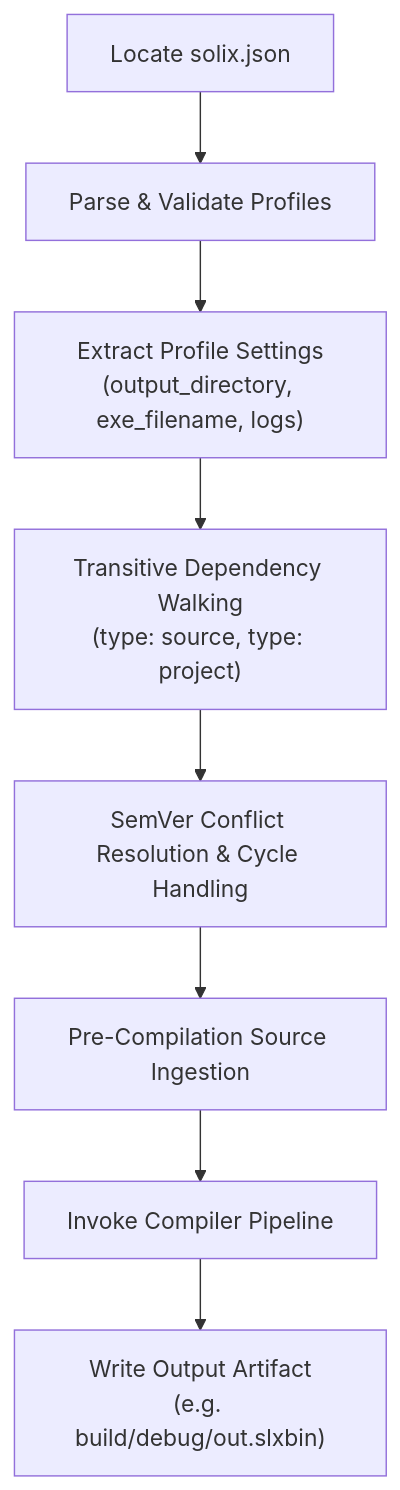
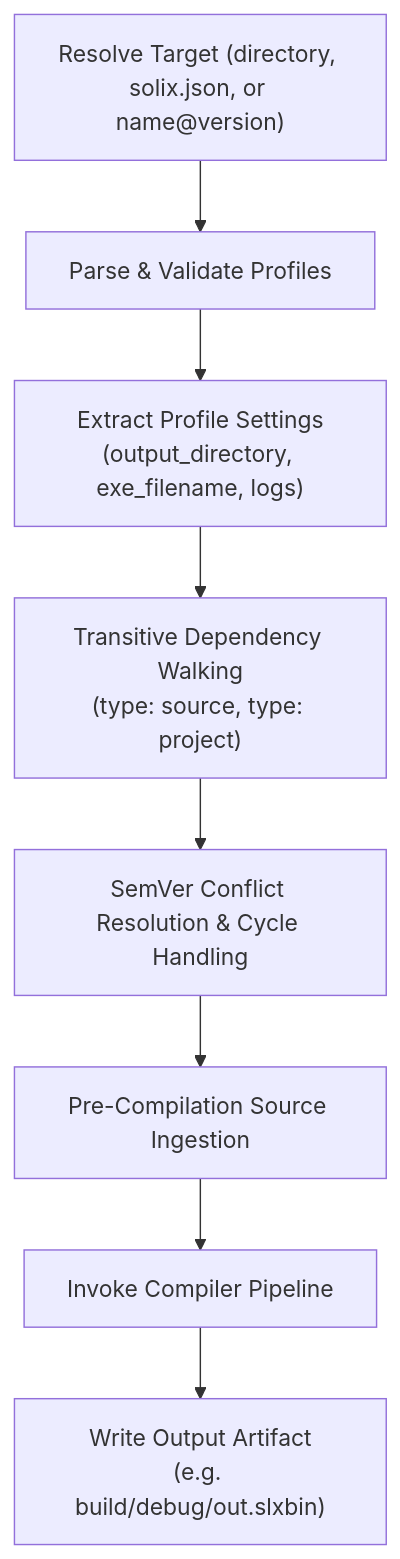
The diagram in docs/spec/cli/build.md (Jehudme/solix), drawn with Mermaid before and after one commit. The commit also changed other lines of this file, not shown here.

Commit message:
docs(cli): update build specification for positional target and name@version dependencies

````diff
--- a/docs/spec/cli/build.md
+++ b/docs/spec/cli/build.md
@@ -28,10 +70,10 @@
 ```mermaid
 flowchart TD
-    A["Locate solix.json"] --> B["Parse & Validate Profiles"]
+    A["Resolve Target (directory, solix.json, or name@version)"] --> B["Parse & Validate Profiles"]
     B --> C["Extract Profile Settings<br>(output_directory, exe_filename, logs)"]
     C --> D["Transitive Dependency Walking<br>(type: source, type: project)"]
     D --> E["SemVer Conflict Resolution & Cycle Handling"]
     E --> F["Pre-Compilation Source Ingestion"]
     F --> G["Invoke Compiler Pipeline"]
     G --> H["Write Output Artifact<br>(e.g. build/debug/out.slxbin)"]
 ```
````
